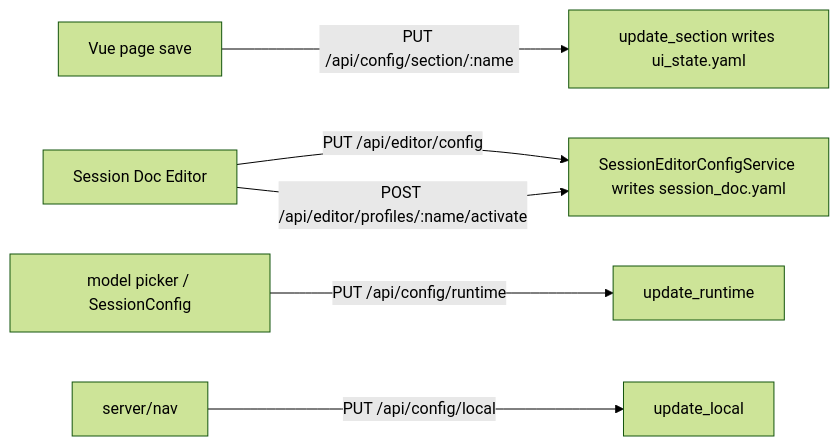
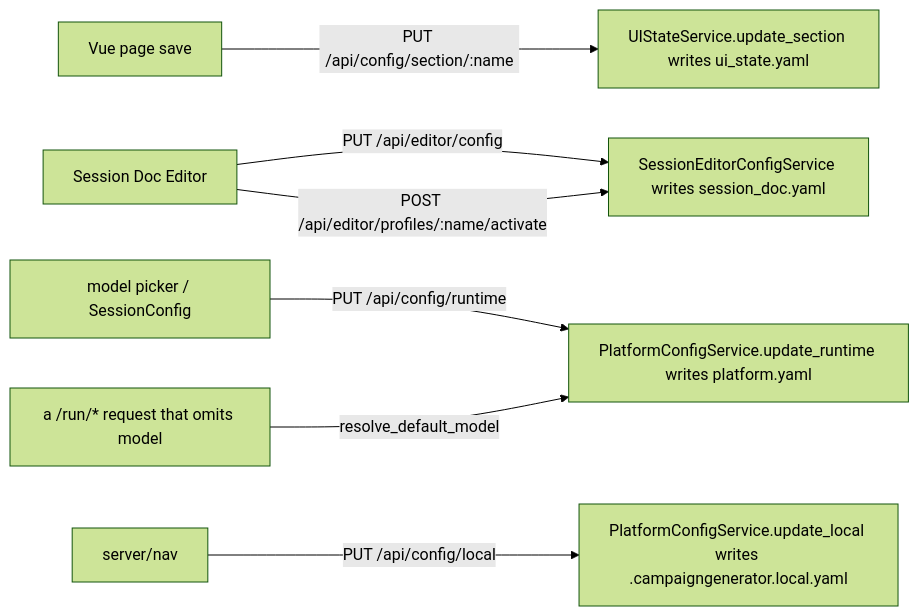
The diagram in docs/config/values.md (kostadis/CampaignGenerator), drawn with Mermaid (forest theme) before and after one commit. The commit also changed other lines of this file and 5 other files, not shown here.

````diff
--- a/docs/config/values.md
+++ b/docs/config/values.md
@@ -8,8 +8,9 @@
 ```mermaid
 flowchart LR
-  Page[Vue page save] -->|PUT /api/config/section/:name| US["update_section writes ui_state.yaml"]
+  Page[Vue page save] -->|PUT /api/config/section/:name| US["UIStateService.update_section writes ui_state.yaml"]
   Editor[Session Doc Editor] -->|PUT /api/editor/config| SES["SessionEditorConfigService writes session_doc.yaml"]
   Editor -->|POST /api/editor/profiles/:name/activate| SES
-  Picker["model picker / SessionConfig"] -->|PUT /api/config/runtime| RT[update_runtime]
-  LocalUI["server/nav"] -->|PUT /api/config/local| LOC[update_local]
+  Picker["model picker / SessionConfig"] -->|PUT /api/config/runtime| RT["PlatformConfigService.update_runtime writes platform.yaml"]
+  LocalUI["server/nav"] -->|PUT /api/config/local| LOC["PlatformConfigService.update_local writes .campaigngenerator.local.yaml"]
+  RunReq["a /run/* request that omits model"] -->|resolve_default_model| RT
 ```
````
